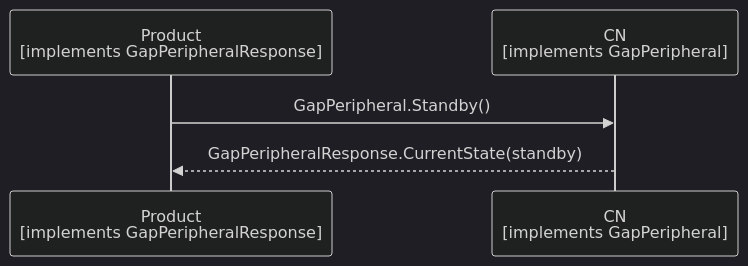
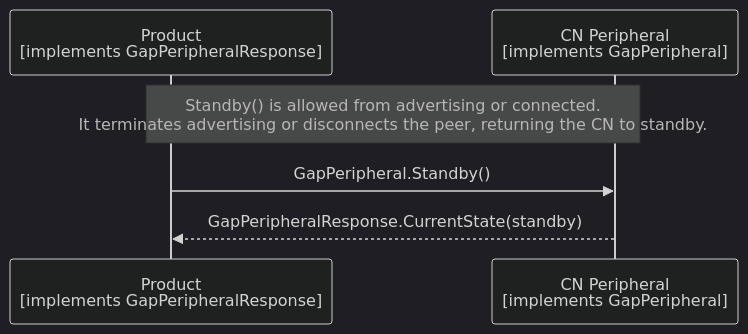
One commit to philips-software/amp-embedded-infra-lib changed the diagram in documents/modules/ROOT/partials/echoservices/gap_peripheral/GapPeripheral_Standby_sequence.mmd. Above: the diagram before and after it, drawn with Mermaid (dark theme). The commit also changed 32 other files, not shown here.

Commit message:
resolve issues with sequence diagrams

```diff
--- a/documents/modules/ROOT/partials/echoservices/gap_peripheral/GapPeripheral_Standby_sequence.mmd
+++ b/documents/modules/ROOT/partials/echoservices/gap_peripheral/GapPeripheral_Standby_sequence.mmd
@@ -1,5 +1,6 @@
 sequenceDiagram
     participant Product as Product<br>[implements GapPeripheralResponse]
-    participant CN as CN<br>[implements GapPeripheral]
+    participant CN as CN Peripheral<br>[implements GapPeripheral]
+    Note over Product, CN: Standby() is allowed from advertising or connected.<br>It terminates advertising or disconnects the peer, returning the CN to standby.
     Product->>CN: GapPeripheral.Standby()
     CN-->>Product: GapPeripheralResponse.CurrentState(standby)
```
